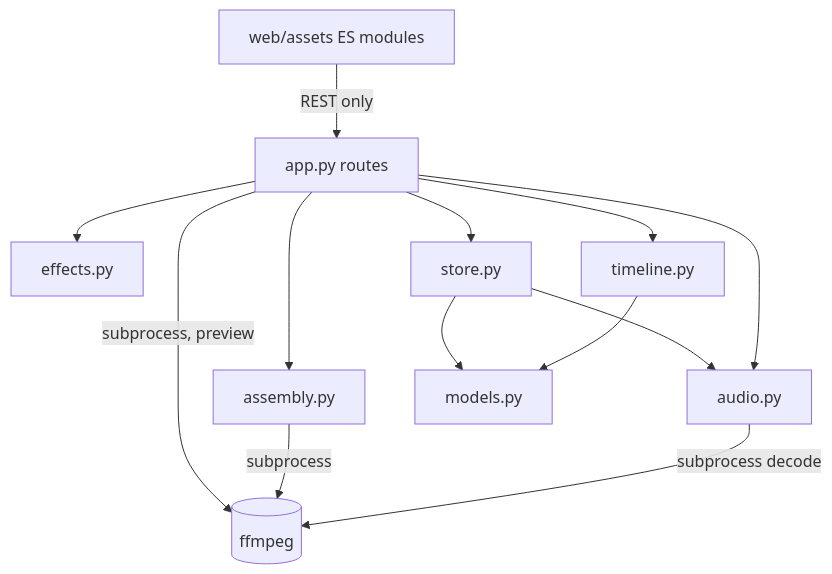
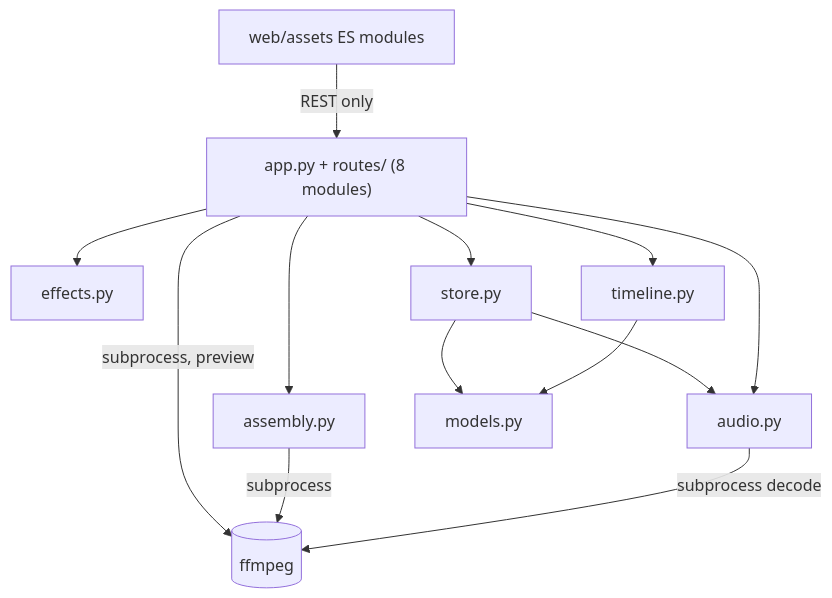
Before and after one commit to WreckedMech117/MMLDX-Music_Video_Producer: the diagram in _bmad-output/planning-artifacts/architecture/architecture-MusicVideoProducer-effects-2026-08-21/ARCHITECTURE-SPINE.md, drawn with Mermaid. The commit also changed other lines of this file and 13 other files, not shown here.

````diff
--- a/_bmad-output/planning-artifacts/architecture/architecture-MusicVideoProducer-effects-2026-08-21/ARCHITECTURE-SPINE.md
+++ b/_bmad-output/planning-artifacts/architecture/architecture-MusicVideoProducer-effects-2026-08-21/ARCHITECTURE-SPINE.md
@@ -33,15 +33,15 @@
 ```mermaid
 graph TD
-  FE[web/assets ES modules] -->|REST only| APP[app.py routes]
+  FE[web/assets ES modules] -->|REST only| APP["app.py + routes/ (8 modules)"]
   APP --> FX[effects.py]
   APP --> AUD[audio.py]
   APP --> ASM[assembly.py]
   APP --> TL[timeline.py]
   APP --> STORE[store.py]
   TL --> MODELS[models.py]
   STORE --> MODELS
   STORE --> AUD
   AUD -->|subprocess decode| FFM[(ffmpeg)]
   ASM -->|subprocess| FFM
   APP -->|subprocess, preview| FFM
 ```
````
